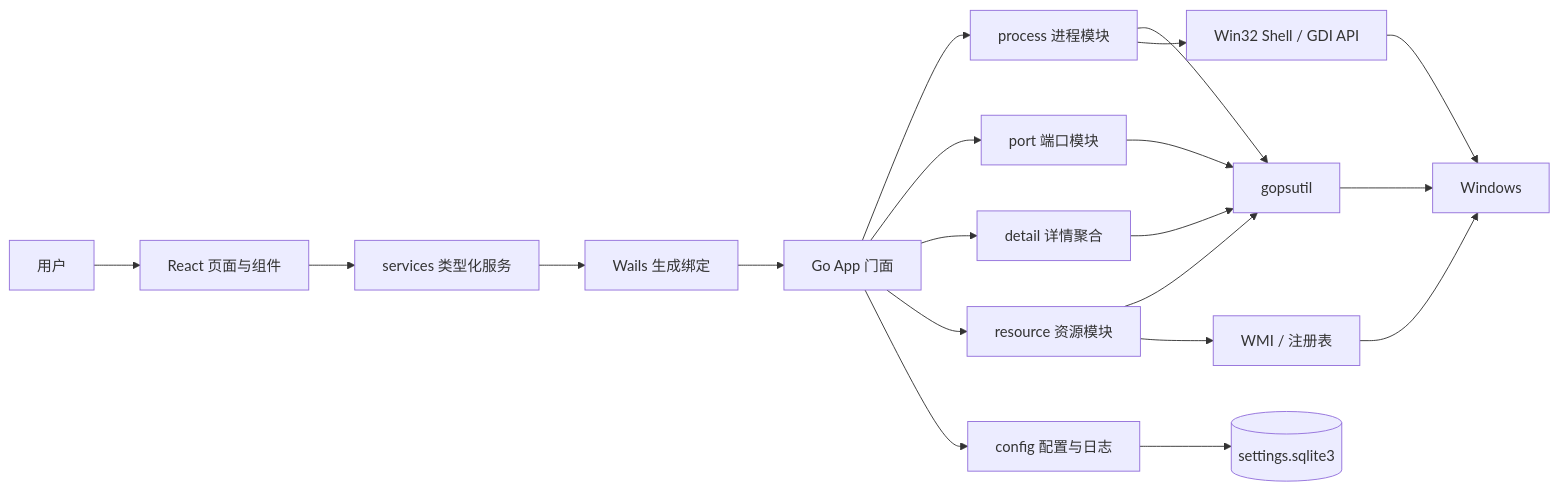
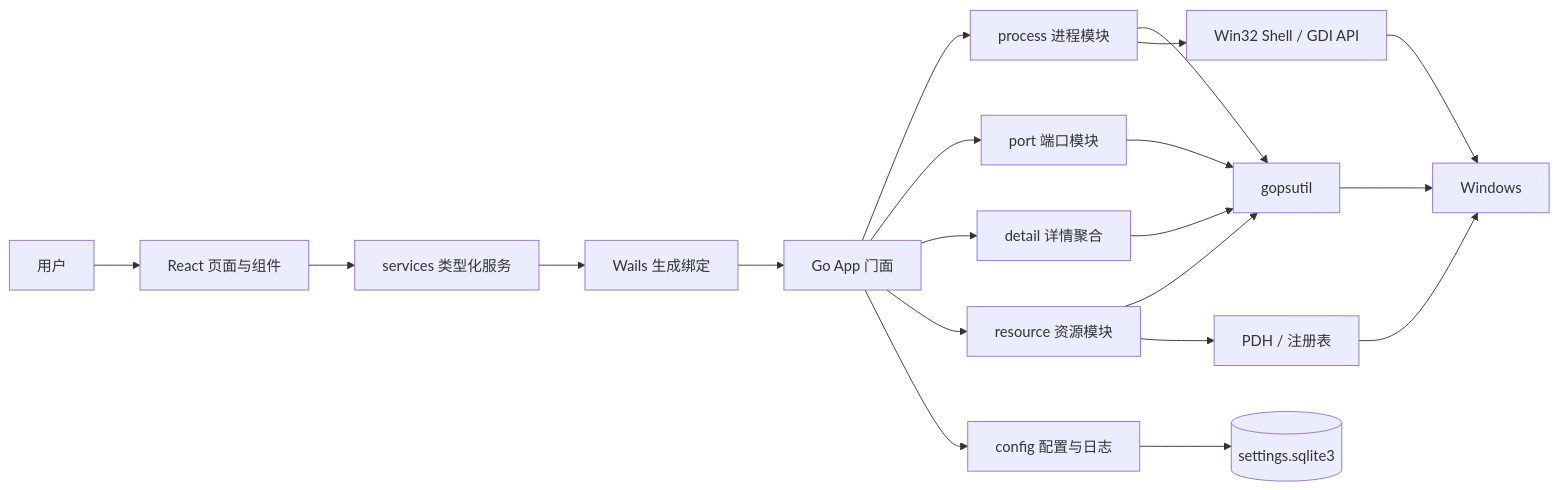
The first of 12 diagrams in docs/technical-architecture.zh-CN.md (SymphonyW/OpenEnd), drawn with Mermaid before and after one commit. The commit also changed other lines of this file and 15 other files, not shown here.

````diff
--- a/docs/technical-architecture.zh-CN.md
+++ b/docs/technical-architecture.zh-CN.md
@@ -19,25 +19,25 @@
 ```mermaid
 flowchart LR
     U[用户] --> UI[React 页面与组件]
     UI --> S[services 类型化服务]
     S --> WB[Wails 生成绑定]
     WB --> APP[Go App 门面]
 
     APP --> PROC[process 进程模块]
     APP --> PORT[port 端口模块]
     APP --> DETAIL[detail 详情聚合]
     APP --> RES[resource 资源模块]
     APP --> CFG[config 配置与日志]
 
     PROC --> GOP[gopsutil]
     PORT --> GOP
     DETAIL --> GOP
     RES --> GOP
-    RES --> WMI[WMI / 注册表]
+    RES --> WMI[PDH / 注册表]
     PROC --> WIN[Win32 Shell / GDI API]
     CFG --> DB[(settings.sqlite3)]
 
     GOP --> OS[Windows]
     WMI --> OS
     WIN --> OS
 ```
````
